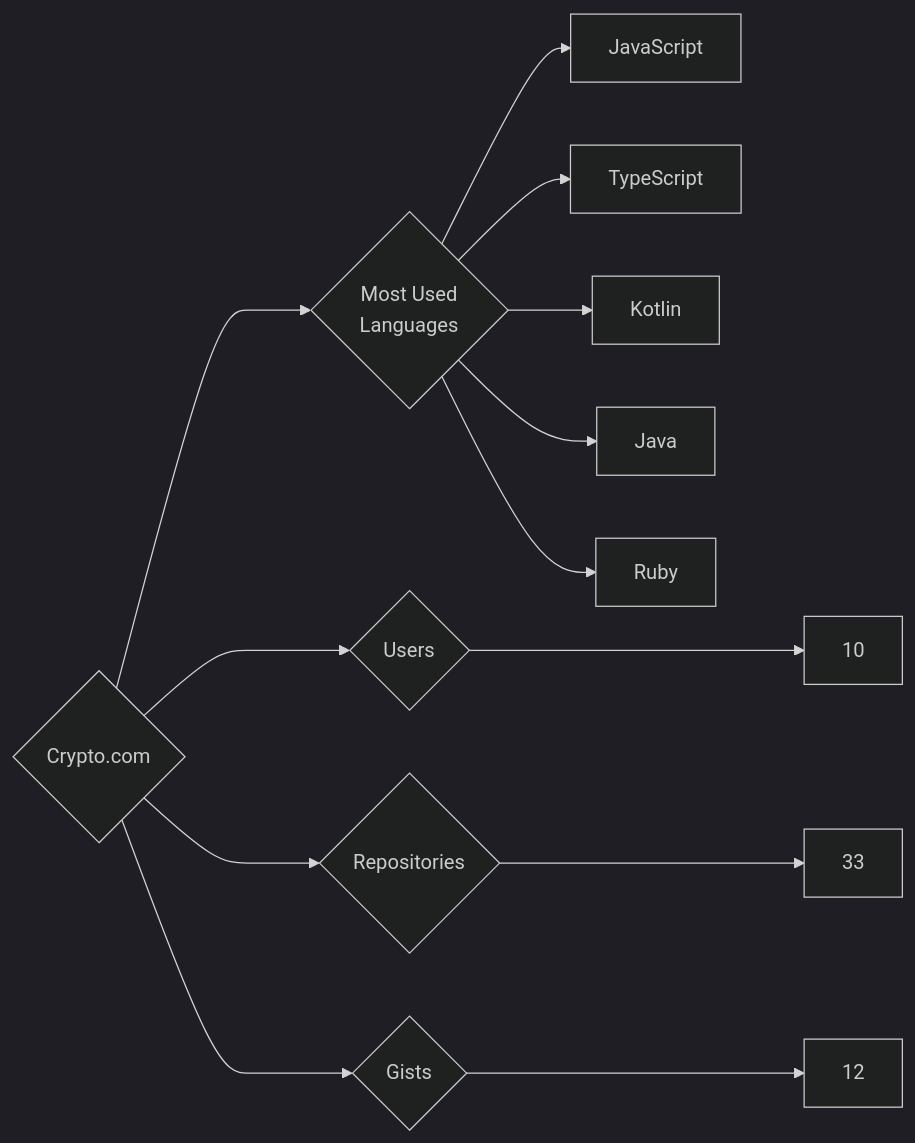
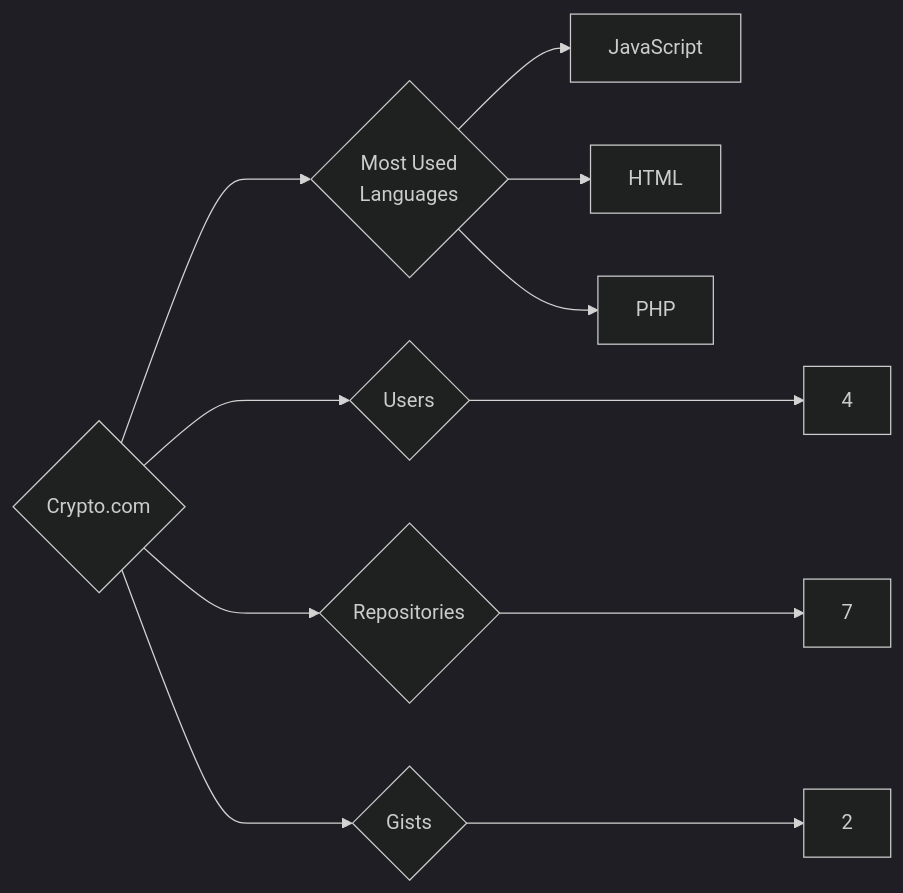
The diagram in targets/Crypto.com/README.md (trickest/insiders), drawn with Mermaid (dark theme) before and after one commit. The commit also changed 857 other files, not shown here.

````diff
--- a/targets/Crypto.com/README.md
+++ b/targets/Crypto.com/README.md
@@ -3,13 +3,11 @@
 ```mermaid
 graph LR
 COMPANY_NAME{Crypto.com}
-COMPANY_NAME ---> U{Users} ---> UN[10]
-COMPANY_NAME ---> R{Repositories} ---> RN[33]
-COMPANY_NAME ---> G{Gists} ---> GN[12]
+COMPANY_NAME ---> U{Users} ---> UN[4]
+COMPANY_NAME ---> R{Repositories} ---> RN[7]
+COMPANY_NAME ---> G{Gists} ---> GN[2]
 COMPANY_NAME ---> ML{Most Used<br>Languages}
 ML --> JavaScript[JavaScript]
-ML --> TypeScript[TypeScript]
-ML --> Kotlin[Kotlin]
-ML --> Java[Java]
-ML --> Ruby[Ruby]
+ML --> HTML[HTML]
+ML --> PHP[PHP]
 ```
````
